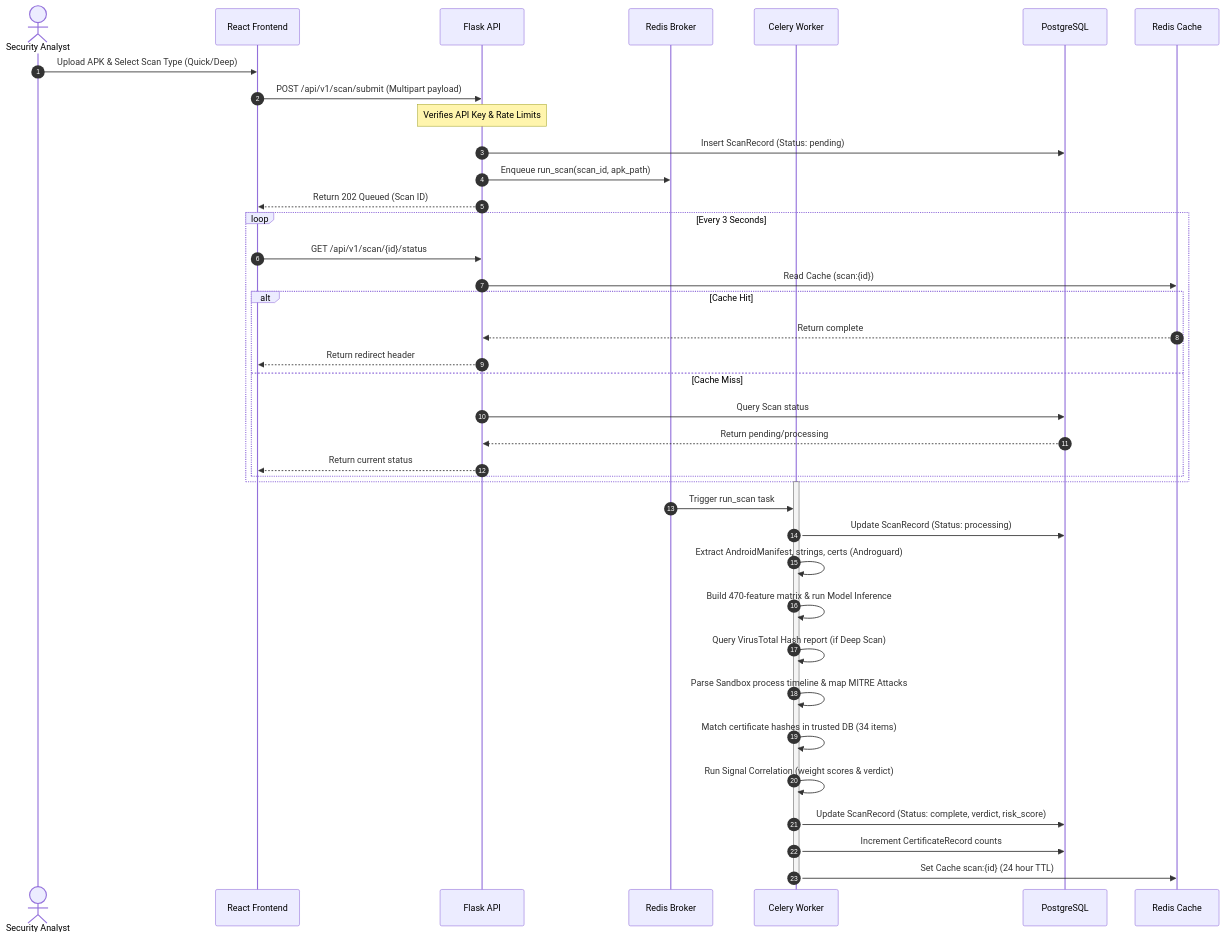
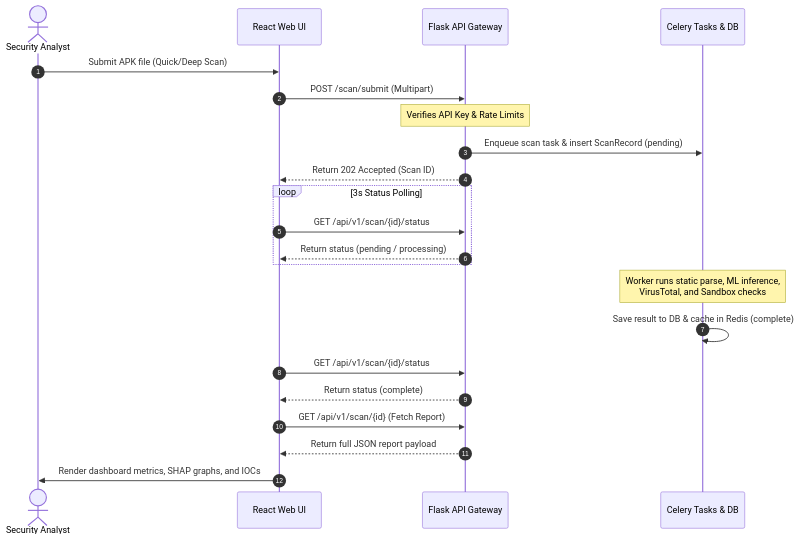
The second of 2 diagrams in README.md (wayalbhushan/A.S.T.R.A), drawn with Mermaid before and after one commit. The commit also changed other lines of this file, not shown here.

Commit message:
docs: refine flow diagrams in README with class styles and optimized layouts

````diff
--- a/README.md
+++ b/README.md
@@ -62,45 +50,28 @@
 ```mermaid
 sequenceDiagram
     autonumber
     actor Analyst as Security Analyst
-    participant UI as React Frontend
-    participant API as Flask API
-    participant Broker as Redis Broker
-    participant Worker as Celery Worker
-    participant DB as PostgreSQL
-    participant Cache as Redis Cache
+    participant UI as React Web UI
+    participant API as Flask API Gateway
+    participant Celery as Celery Tasks & DB
 
-    Analyst->>UI: Upload APK & Select Scan Type (Quick/Deep)
-    UI->>API: POST /api/v1/scan/submit (Multipart payload)
+    Analyst->>UI: Submit APK file (Quick/Deep Scan)
+    UI->>API: POST /scan/submit (Multipart)
     Note over API: Verifies API Key & Rate Limits
-    API->>DB: Insert ScanRecord (Status: pending)
-    API->>Broker: Enqueue run_scan(scan_id, apk_path)
-    API-->>UI: Return 202 Queued (Scan ID)
-    
-    loop Every 3 Seconds
+    API->>Celery: Enqueue scan task & insert ScanRecord (pending)
+    API-->>UI: Return 202 Accepted (Scan ID)
+
+    loop 3s Status Polling
         UI->>API: GET /api/v1/scan/{id}/status
-        API->>Cache: Read Cache (scan:{id})
-        alt Cache Hit
-            Cache-->>API: Return complete
-            API-->>UI: Return redirect header
-        else Cache Miss
-            API->>DB: Query Scan status
-            DB-->>API: Return pending/processing
-            API-->>UI: Return current status
-        end
+        API-->>UI: Return status (pending / processing)
     end
 
-    activate Worker
-    Broker->>Worker: Trigger run_scan task
-    Worker->>DB: Update ScanRecord (Status: processing)
-    Worker->>Worker: Extract AndroidManifest, strings, certs (Androguard)
-    Worker->>Worker: Build 470-feature matrix & run Model Inference
-    Worker->>Worker: Query VirusTotal Hash report (if Deep Scan)
-    Worker->>Worker: Parse Sandbox process timeline & map MITRE Attacks
-    Worker->>Worker: Match certificate hashes in trusted DB (34 items)
-    Worker->>Worker: Run Signal Correlation (weight scores & verdict)
-    Worker->>DB: Update ScanRecord (Status: complete, verdict, risk_score)
-    Worker->>DB: Increment CertificateRecord counts
-    Worker->>Cache: Set Cache scan:{id} (24 hour TTL)
-    deactivate Worker
+    Note over Celery: Worker runs static parse, ML inference,<br/>VirusTotal, and Sandbox checks
+    Celery->>Celery: Save result to DB & cache in Redis (complete)
+
+    UI->>API: GET /api/v1/scan/{id}/status
+    API-->>UI: Return status (complete)
+    UI->>API: GET /api/v1/scan/{id} (Fetch Report)
+    API-->>UI: Return full JSON report payload
+    UI->>Analyst: Render dashboard metrics, SHAP graphs, and IOCs
 ```
````
